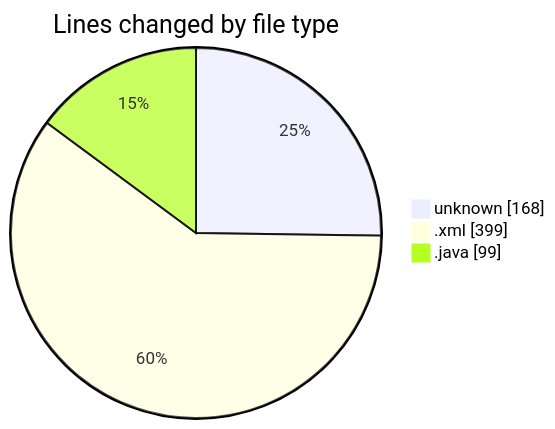
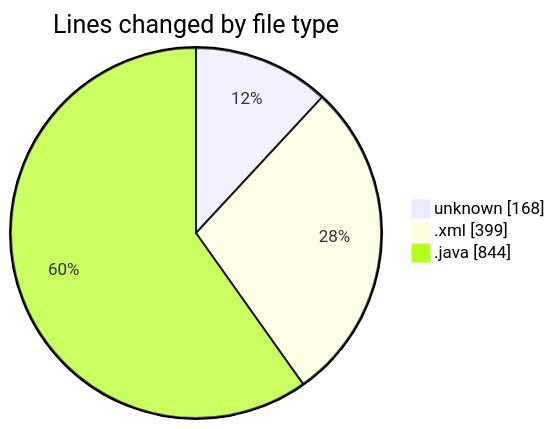
The first of 2 diagrams in 2025-02-24/micros/README.md (charlie-sans/code-tracking), drawn with Mermaid before and after one commit. The commit also changed other lines of this file and 1 other file, not shown here.

````diff
--- a/2025-02-24/micros/README.md
+++ b/2025-02-24/micros/README.md
@@ -22,7 +23,7 @@
 ```mermaid
 pie showData
 title Lines changed by file type
 "unknown" : 168
 ".xml" : 399
-".java" : 99
+".java" : 844
 ```
````
